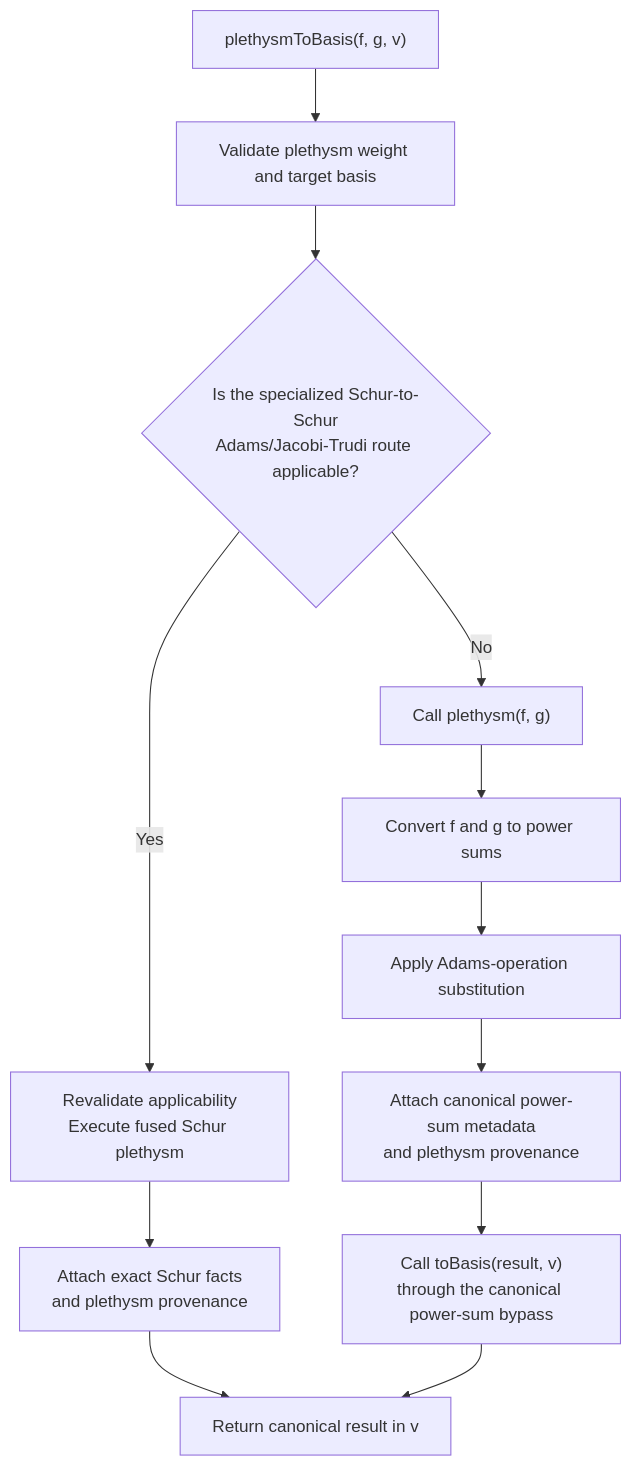
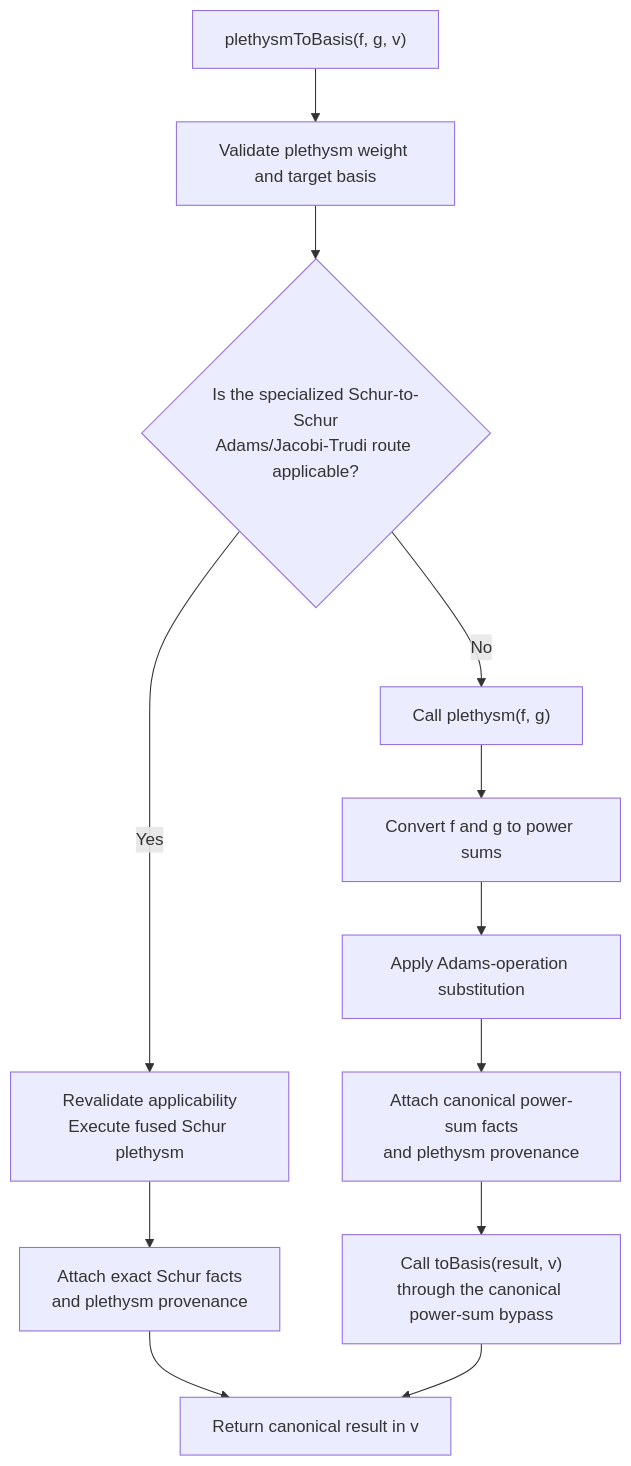
Before and after one commit to j-graf/M2: the fourth of 5 diagrams in M2/Macaulay2/e/symmetric-rings/README-pipelines.md, drawn with Mermaid. The commit also changed other lines of this file and 20 other files, not shown here.

````diff
--- a/M2/Macaulay2/e/symmetric-rings/README-pipelines.md
+++ b/M2/Macaulay2/e/symmetric-rings/README-pipelines.md
@@ -452,17 +453,17 @@
 ```mermaid
 flowchart TD
     A["plethysmToBasis(f, g, v)"] --> V["Validate plethysm weight and target basis"]
     V --> B{"Is the specialized Schur-to-Schur<br/>Adams/Jacobi-Trudi route applicable?"}
 
     B -->|"Yes"| S["Revalidate applicability<br/>Execute fused Schur plethysm"]
     S --> SM["Attach exact Schur facts<br/>and plethysm provenance"]
 
     B -->|"No"| C["Call plethysm(f, g)"]
     C --> P1["Convert f and g to power sums"]
     P1 --> P2["Apply Adams-operation substitution"]
-    P2 --> P3["Attach canonical power-sum metadata<br/>and plethysm provenance"]
+    P2 --> P3["Attach canonical power-sum facts<br/>and plethysm provenance"]
     P3 --> D["Call toBasis(result, v)<br/>through the canonical power-sum bypass"]
 
     SM --> R["Return canonical result in v"]
     D --> R
 ```
````
